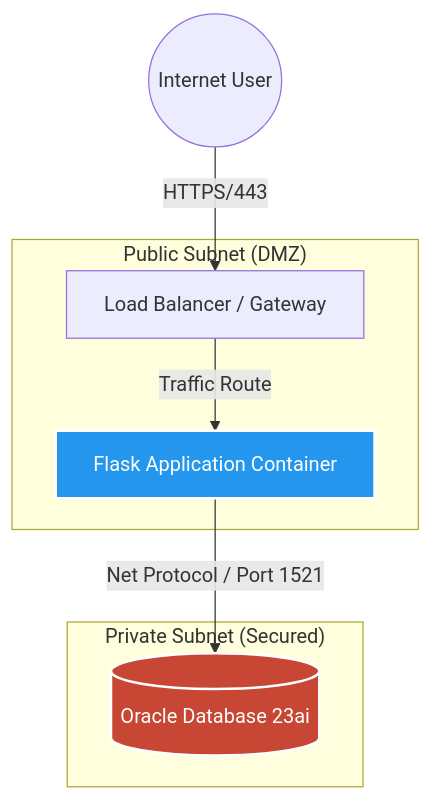
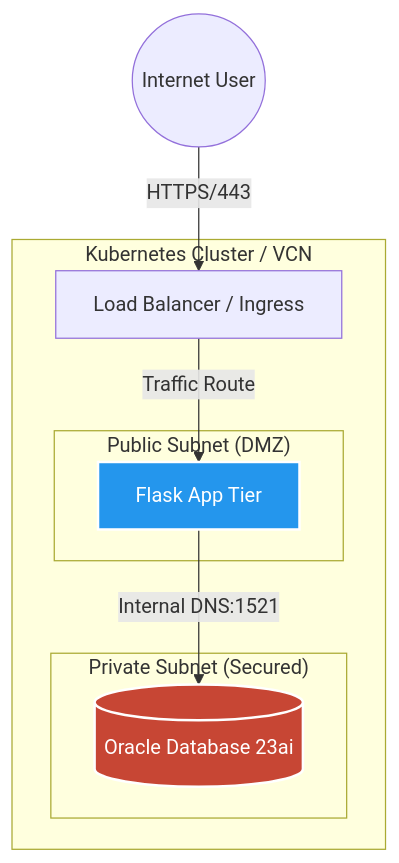
One commit to soon-oss/oci-3tier-flask-app changed the first of 2 diagrams in README.md. Above: the diagram before and after it, drawn with Mermaid. The commit also changed other lines of this file, not shown here.

First line of the commit message:
docs: overhaul README for Kubernetes migration and DevSecOps

````diff
--- a/README.md
+++ b/README.md
@@ -18,16 +28,20 @@
 ```mermaid
 graph TD;
-    User((Internet User)) -->|HTTPS/443| LB[Load Balancer / Gateway];
+    User((Internet User)) -->|HTTPS/443| LB[Load Balancer / Ingress];
     
-    subgraph "Public Subnet (DMZ)"
-        LB -->|Traffic Route| Flask[Flask Application Container];
-    end
-    
-    subgraph "Private Subnet (Secured)"
-        Flask -->|Net Protocol / Port 1521| DB[(Oracle Database 23ai)];
+    subgraph "Kubernetes Cluster / VCN"
+        LB -->|Traffic Route| Pod[Flask App Tier];
+        
+        subgraph "Public Subnet (DMZ)"
+            Pod;
+        end
+        
+        subgraph "Private Subnet (Secured)"
+            Pod -->|Internal DNS:1521| DB[(Oracle Database 23ai)];
+        end
     end
 
-    style Flask fill:#2496ed,stroke:#fff,stroke-width:2px,color:#fff
+    style Pod fill:#2496ed,stroke:#fff,stroke-width:2px,color:#fff
     style DB fill:#c74634,stroke:#fff,stroke-width:2px,color:#fff
 
 ```
````
